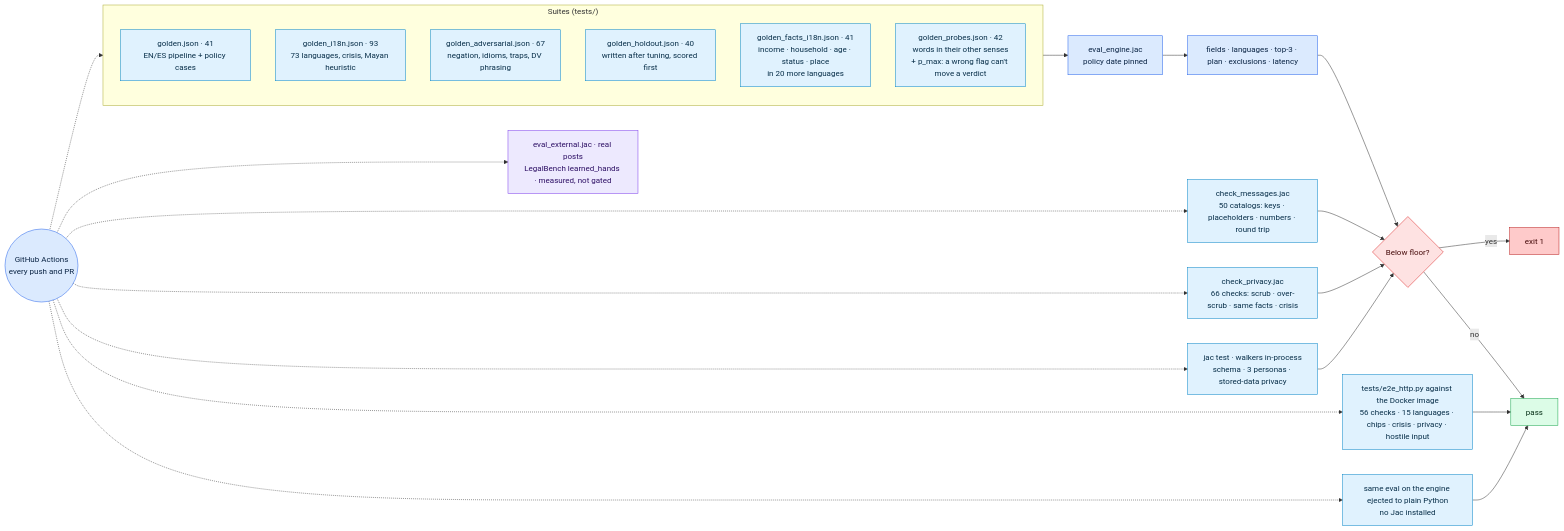
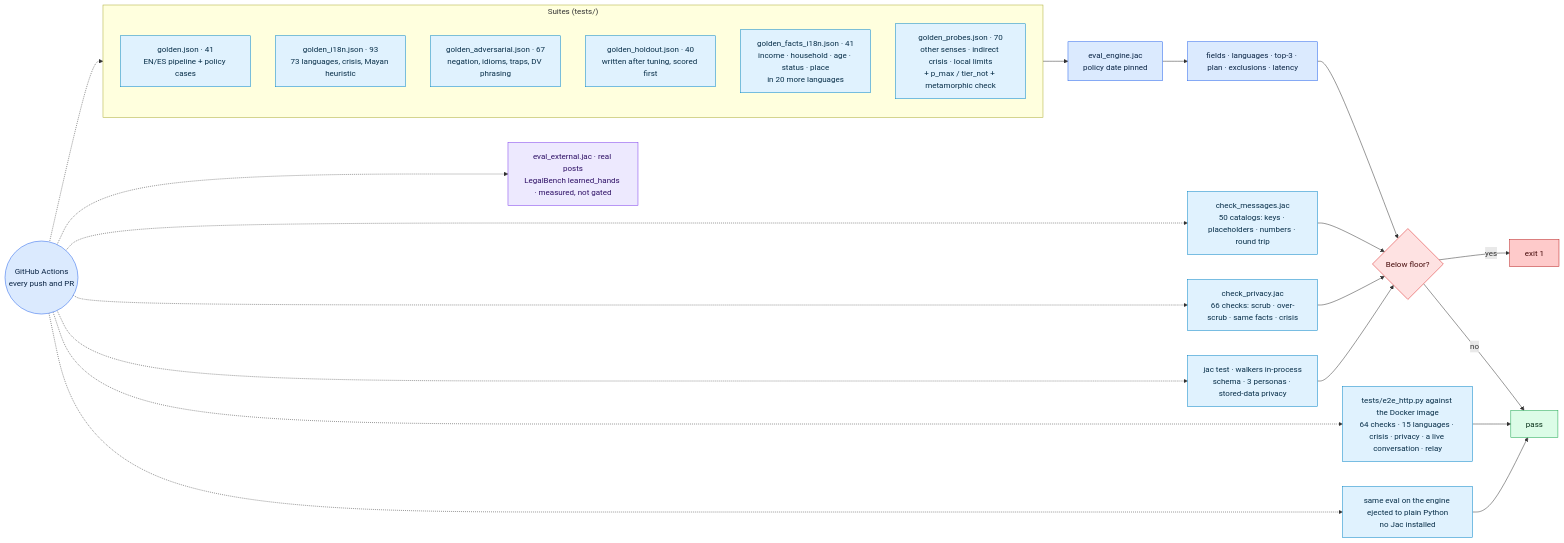
Diagram 11 of 11 in README.md (Anbu-00001/CivicMesh), drawn with Mermaid before and after one commit. The commit also changed other lines of this file and 32 other files, not shown here.

First line of the commit message:
Survive a flaky proxy; fix the live conversation that stuck; escalate-only crisis cues, quick exit, local HUD limits

````diff
--- a/README.md
+++ b/README.md
@@ -539,31 +553,31 @@
 ```mermaid
 flowchart LR
     subgraph S["Suites (tests/)"]
         direction TB
         G1[golden.json · 41<br/>EN/ES pipeline + policy cases]:::t
         G2[golden_i18n.json · 93<br/>73 languages, crisis, Mayan heuristic]:::t
         G3[golden_adversarial.json · 67<br/>negation, idioms, traps, DV phrasing]:::t
         G4[golden_holdout.json · 40<br/>written after tuning, scored first]:::t
         G5[golden_facts_i18n.json · 41<br/>income · household · age · status · place<br/>in 20 more languages]:::t
-        G6[golden_probes.json · 42<br/>words in their other senses<br/>+ p_max: a wrong flag can't move a verdict]:::t
+        G6[golden_probes.json · 70<br/>other senses · indirect crisis · local limits<br/>+ p_max / tier_not + metamorphic check]:::t
     end
     S --> EV[eval_engine.jac<br/>policy date pinned]:::det
     EV --> MX[fields · languages · top-3 · plan · exclusions · latency]:::det
     MX --> GATE{Below floor?}:::safety
     GATE -->|yes| FAIL[exit 1]:::bad
     GATE -->|no| PASS[pass]:::ok
     CM[check_messages.jac<br/>50 catalogs: keys · placeholders · numbers · round trip]:::t --> GATE
     PV[check_privacy.jac<br/>66 checks: scrub · over-scrub · same facts · crisis]:::t --> GATE
     WT[jac test · walkers in-process<br/>schema · 3 personas · stored-data privacy]:::t --> GATE
-    E2E[tests/e2e_http.py against the Docker image<br/>56 checks · 15 languages · chips · crisis · privacy · hostile input]:::t --> PASS
+    E2E[tests/e2e_http.py against the Docker image<br/>64 checks · 15 languages · crisis · privacy · a live conversation · relay]:::t --> PASS
     PORT[same eval on the engine ejected to plain Python<br/>no Jac installed]:::t --> PASS
     EXT[eval_external.jac · real posts<br/>LegalBench learned_hands · measured, not gated]:::ext
     CI((GitHub Actions<br/>every push and PR)):::det -.-> S & CM & PV & WT & E2E & PORT & EXT
 
     classDef t fill:#e0f2fe,stroke:#0284c7,color:#082f49
     classDef det fill:#dbeafe,stroke:#2563eb,color:#0b2545
     classDef safety fill:#fee2e2,stroke:#dc2626,color:#450a0a
     classDef bad fill:#fecaca,stroke:#b91c1c,color:#450a0a
     classDef ok fill:#dcfce7,stroke:#16a34a,color:#052e16
     classDef ext fill:#ede9fe,stroke:#7c3aed,color:#2e1065
 ```
````
